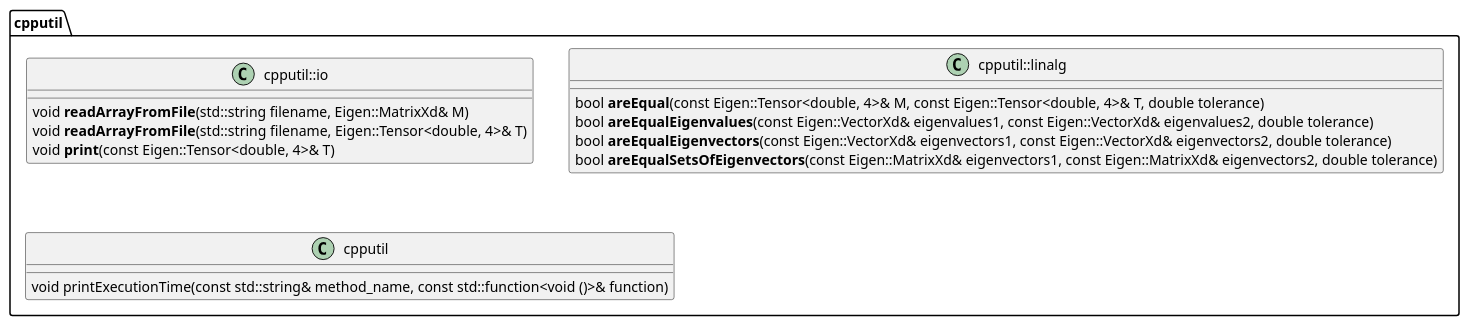
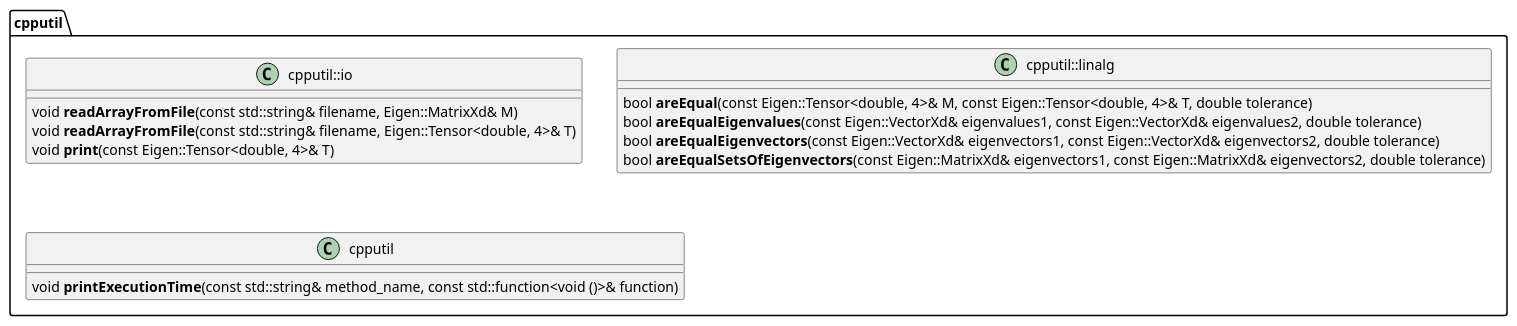
The diagram in docs/cpputil.puml (matt-chan/cpputil), drawn with PlantUML before and after one commit. The commit also changed 3 other files, not shown here.

Commit message:
Update UML diagram.

```diff
--- a/docs/cpputil.puml
+++ b/docs/cpputil.puml
@@ -1,25 +1,25 @@
 @startuml
 
 
 namespace cpputil {
 
     class cpputil::io {
-        void **readArrayFromFile**(std::string filename, Eigen::MatrixXd& M)
-        void **readArrayFromFile**(std::string filename, Eigen::Tensor<double, 4>& T)
+        void **readArrayFromFile**(const std::string& filename, Eigen::MatrixXd& M)
+        void **readArrayFromFile**(const std::string& filename, Eigen::Tensor<double, 4>& T)
         void **print**(const Eigen::Tensor<double, 4>& T)
     }
 
     class cpputil::linalg {
         bool **areEqual**(const Eigen::Tensor<double, 4>& M, const Eigen::Tensor<double, 4>& T, double tolerance)
         bool **areEqualEigenvalues**(const Eigen::VectorXd& eigenvalues1, const Eigen::VectorXd& eigenvalues2, double tolerance)
         bool **areEqualEigenvectors**(const Eigen::VectorXd& eigenvectors1, const Eigen::VectorXd& eigenvectors2, double tolerance)
         bool **areEqualSetsOfEigenvectors**(const Eigen::MatrixXd& eigenvectors1, const Eigen::MatrixXd& eigenvectors2, double tolerance)
     }
 
     class cpputil {
-        void printExecutionTime(const std::string& method_name, const std::function<void ()>& function)
+        void **printExecutionTime**(const std::string& method_name, const std::function<void ()>& function)
     }
 
 }
 
 @enduml
```
